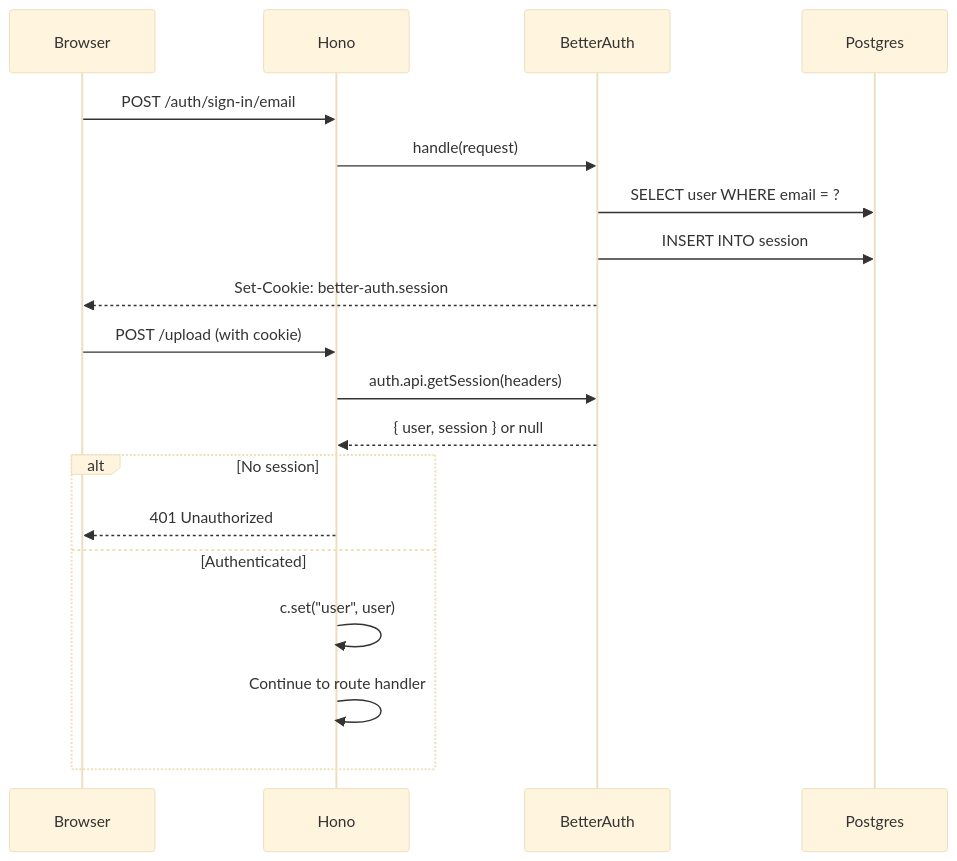
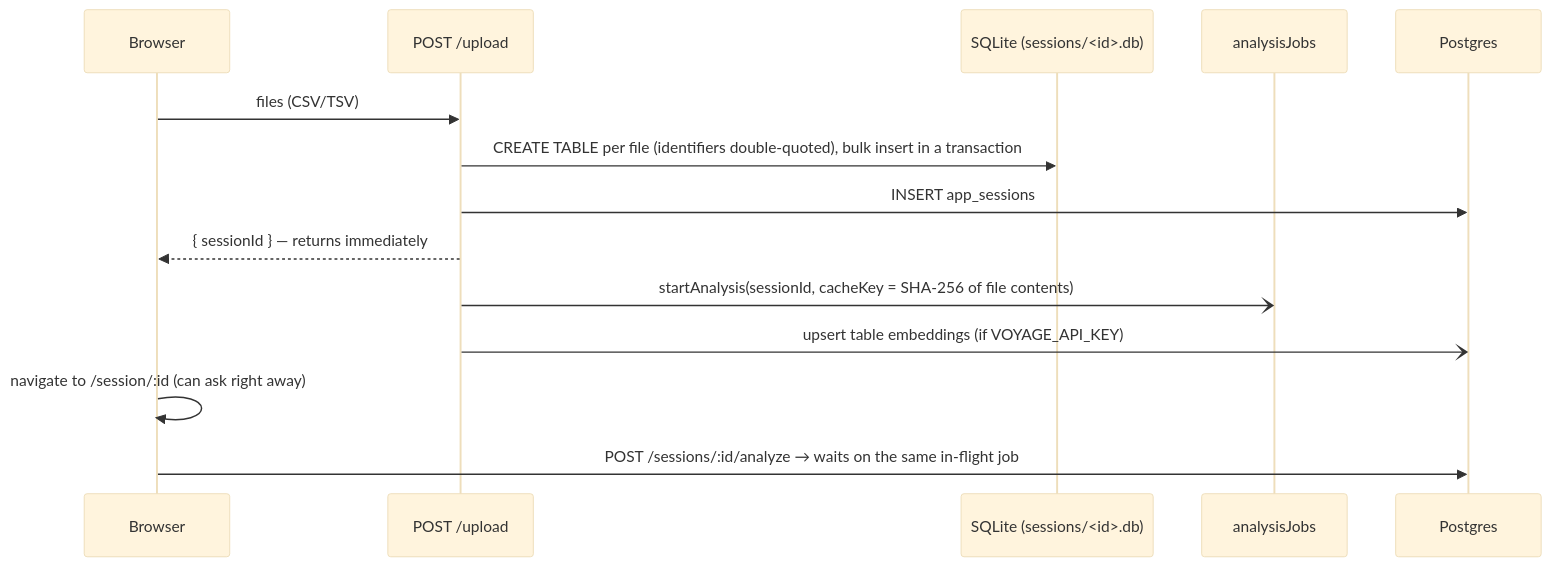
The second of 6 diagrams in ARCHITECTURE.md (lawlesx/clairvoyance), drawn with Mermaid (base theme) before and after one commit. The commit also changed other lines of this file and 61 other files, not shown here.

````diff
--- a/ARCHITECTURE.md
+++ b/ARCHITECTURE.md
@@ -93,23 +65,17 @@
 ```mermaid
 sequenceDiagram
-    participant Browser
-    participant Hono
-    participant BetterAuth
-    participant Postgres
+    participant B as Browser
+    participant U as POST /upload
+    participant S as SQLite (sessions/<id>.db)
+    participant J as analysisJobs
+    participant PG as Postgres
 
-    Browser->>Hono: POST /auth/sign-in/email
-    Hono->>BetterAuth: handle(request)
-    BetterAuth->>Postgres: SELECT user WHERE email = ?
-    BetterAuth->>Postgres: INSERT INTO session
-    BetterAuth-->>Browser: Set-Cookie: better-auth.session
-
-    Browser->>Hono: POST /upload (with cookie)
-    Hono->>BetterAuth: auth.api.getSession(headers)
-    BetterAuth-->>Hono: { user, session } or null
-    alt No session
-        Hono-->>Browser: 401 Unauthorized
-    else Authenticated
-        Hono->>Hono: c.set("user", user)
-        Hono->>Hono: Continue to route handler
-    end
+    B->>U: files (CSV/TSV)
+    U->>S: CREATE TABLE per file (identifiers double-quoted), bulk insert in a transaction
+    U->>PG: INSERT app_sessions
+    U-->>B: { sessionId }  — returns immediately
+    U-)J: startAnalysis(sessionId, cacheKey = SHA-256 of file contents)
+    U-)PG: upsert table embeddings (if VOYAGE_API_KEY)
+    B->>B: navigate to /session/:id (can ask right away)
+    B->>PG: POST /sessions/:id/analyze → waits on the same in-flight job
 ```
````
